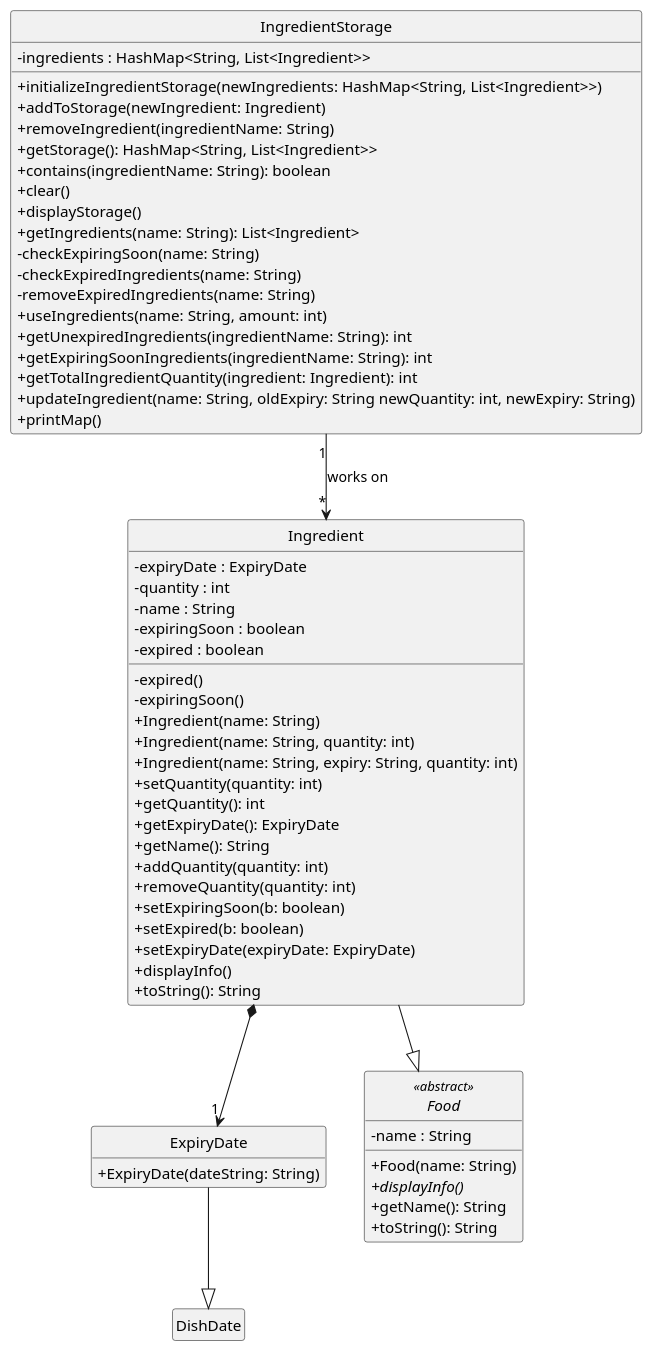
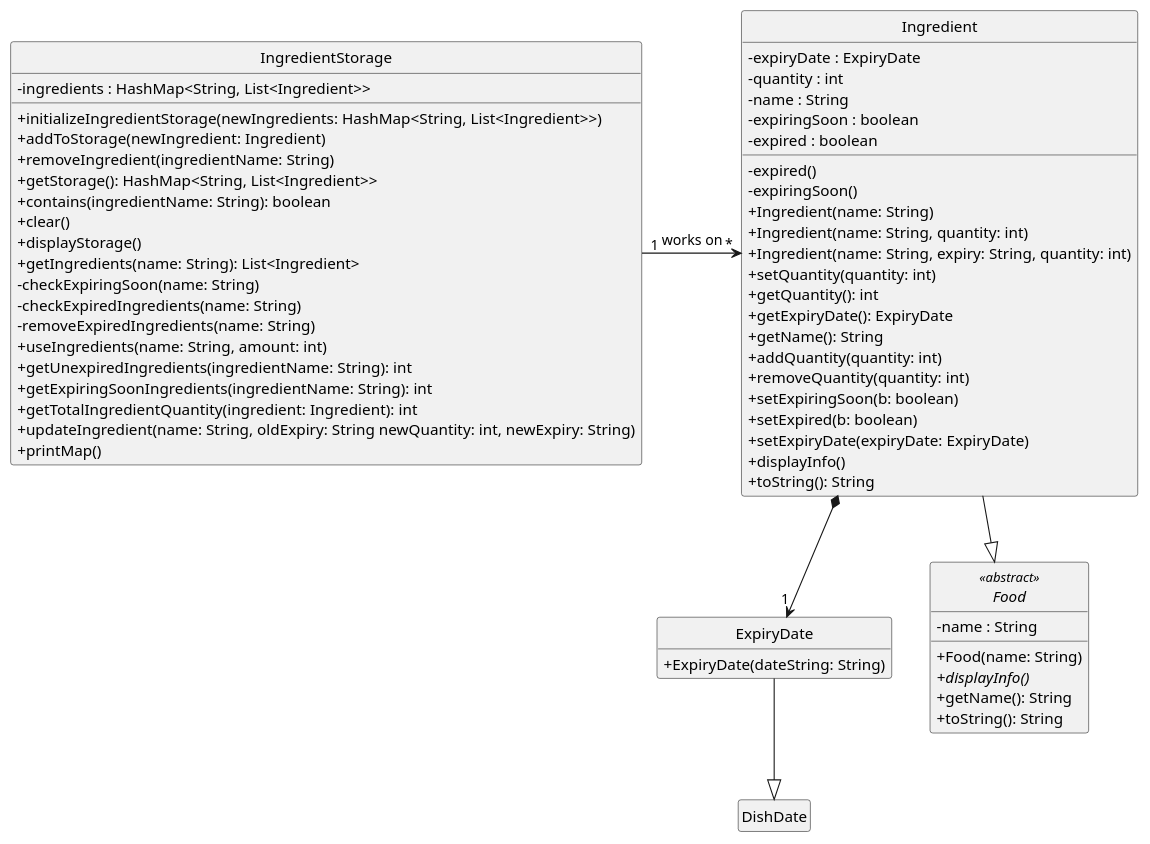
The diagram in src/main/java/seedu/cookingaids/diagrams/ingredient_storage.puml (whalesyong/tp), drawn with PlantUML before and after one commit. The commit also changed 2 other files, not shown here.

```diff
--- a/src/main/java/seedu/cookingaids/diagrams/ingredient_storage.puml
+++ b/src/main/java/seedu/cookingaids/diagrams/ingredient_storage.puml
@@ -1,69 +1,69 @@
 @startuml
 hide circle
 hide empty members
 skinparam classAttributeIconSize 0
 
 class ExpiryDate {
     + ExpiryDate(dateString: String)
 }
 
 abstract class Food <<abstract>> {
     - name : String
     + Food(name: String)
     + displayInfo()  {abstract}
     + getName(): String
     + toString(): String
 }
 
 class Ingredient {
     - expiryDate : ExpiryDate
     - quantity : int
     - name : String
     - expiringSoon : boolean
     - expired : boolean
     - expired()
     - expiringSoon()
     + Ingredient(name: String)
     + Ingredient(name: String, quantity: int)
     + Ingredient(name: String, expiry: String, quantity: int)
     + setQuantity(quantity: int)
     + getQuantity(): int
     + getExpiryDate(): ExpiryDate
     + getName(): String
     + addQuantity(quantity: int)
     + removeQuantity(quantity: int)
     + setExpiringSoon(b: boolean)
     + setExpired(b: boolean)
     + setExpiryDate(expiryDate: ExpiryDate)
     + displayInfo()
     + toString(): String
 }
 
 class IngredientStorage {
     - ingredients : HashMap<String, List<Ingredient>>
     + initializeIngredientStorage(newIngredients: HashMap<String, List<Ingredient>>)
     + addToStorage(newIngredient: Ingredient)
     + removeIngredient(ingredientName: String)
     + getStorage(): HashMap<String, List<Ingredient>>
     + contains(ingredientName: String): boolean
     + clear()
     + displayStorage()
     + getIngredients(name: String): List<Ingredient>
     - checkExpiringSoon(name: String)
     - checkExpiredIngredients(name: String)
     - removeExpiredIngredients(name: String)
     + useIngredients(name: String, amount: int)
     + getUnexpiredIngredients(ingredientName: String): int
     + getExpiringSoonIngredients(ingredientName: String): int
     + getTotalIngredientQuantity(ingredient: Ingredient): int
     + updateIngredient(name: String, oldExpiry: String newQuantity: int, newExpiry: String)
     + printMap()
 }
 
 ExpiryDate --|> DishDate
 Ingredient --|> Food
 Ingredient *--> "1" ExpiryDate
-IngredientStorage "1" --> "*" Ingredient : works on
+IngredientStorage "1" -> "*" Ingredient : works on
 
 
 @enduml
```
